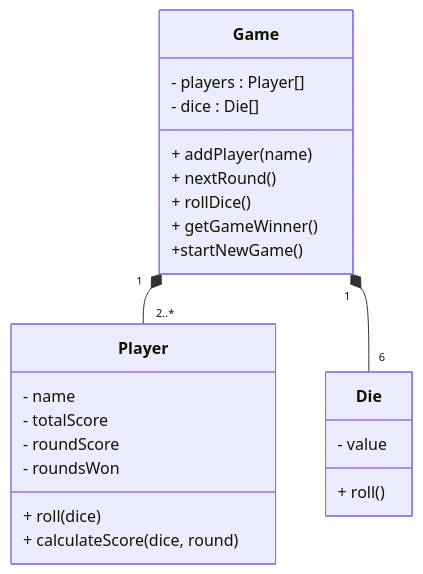
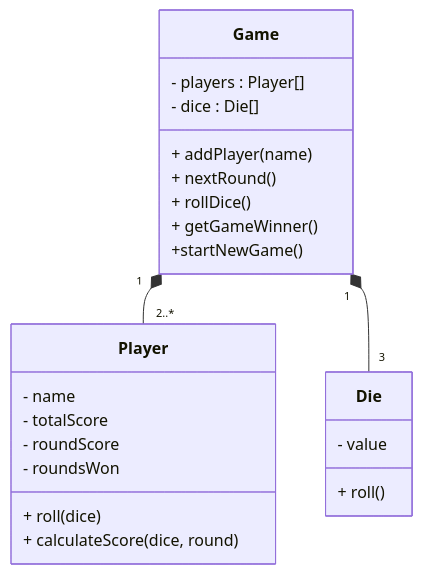
Before and after one commit to LCC-CIT/CS233JS-CourseMaterials: the diagram in LectureNotes/CS233JS-LN-W03-D1B-UMLClassDiagram.md, drawn with Mermaid. The commit also changed other lines of this file and 1 other file, not shown here.

Commit message:
Fixed a typo on the UML class diagram

````diff
--- a/LectureNotes/CS233JS-LN-W03-D1B-UMLClassDiagram.md
+++ b/LectureNotes/CS233JS-LN-W03-D1B-UMLClassDiagram.md
@@ -62,26 +62,26 @@
 ```mermaid
 classDiagram
     class Player {
         - name
         - totalScore
         - roundScore
         - roundsWon
         + roll(dice)
         + calculateScore(dice, round)
     }
     class Die {
         - value
         + roll()
     }
     class Game {
         - players : Player[]
         - dice : Die[]
         + addPlayer(name)
         + nextRound()
         + rollDice()
         + getGameWinner()
         +startNewGame()
     }
     Game "1" *-- "2..*" Player
-    Game "1" *-- "6" Die
+    Game "1" *-- "3" Die
 ```
````
